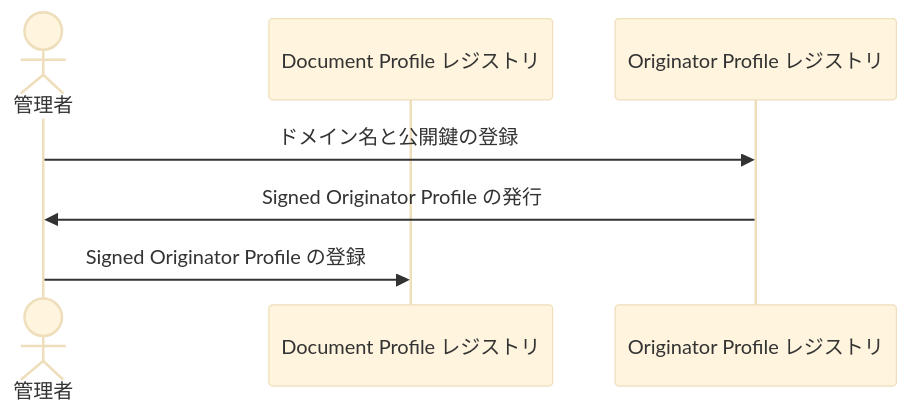
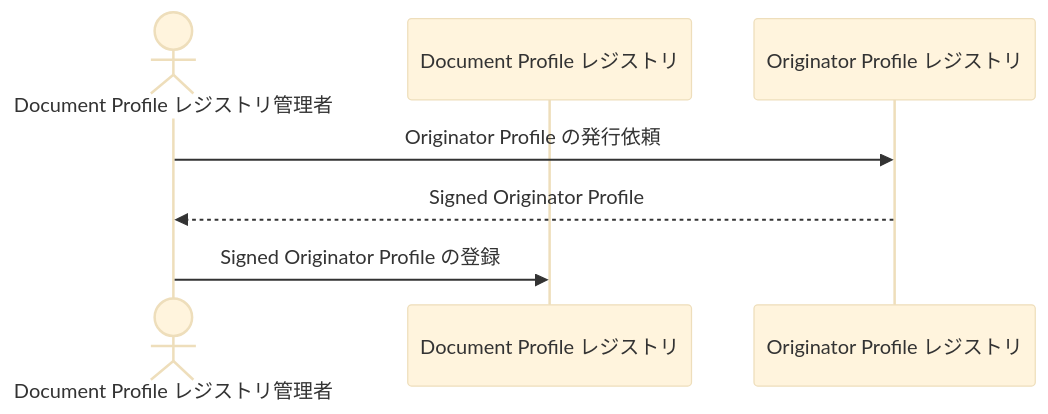
Before and after one commit to originator-profile/profile-share: the diagram in docs/registry/document-profile-registry-creation.md, drawn with Mermaid (base theme). The commit also changed other lines of this file and 2 other files, not shown here.

````diff
--- a/docs/registry/document-profile-registry-creation.md
+++ b/docs/registry/document-profile-registry-creation.md
@@ -11,10 +11,10 @@
 ```mermaid
 sequenceDiagram
-actor 管理者
+actor Document Profile レジストリ管理者
 participant Document Profile レジストリ
 participant Originator Profile レジストリ
 
-管理者->>Originator Profile レジストリ: ドメイン名と公開鍵の登録
-Originator Profile レジストリ->>管理者: Signed Originator Profile の発行
-管理者->>Document Profile レジストリ: Signed Originator Profile の登録
+Document Profile レジストリ管理者->>Originator Profile レジストリ: Originator Profile の発行依頼
+Originator Profile レジストリ-->>Document Profile レジストリ管理者: Signed Originator Profile
+Document Profile レジストリ管理者->>Document Profile レジストリ: Signed Originator Profile の登録
 ```
````
